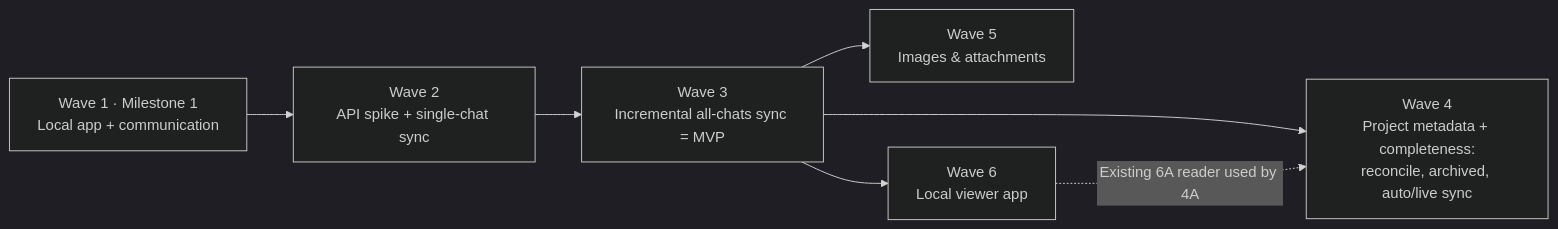
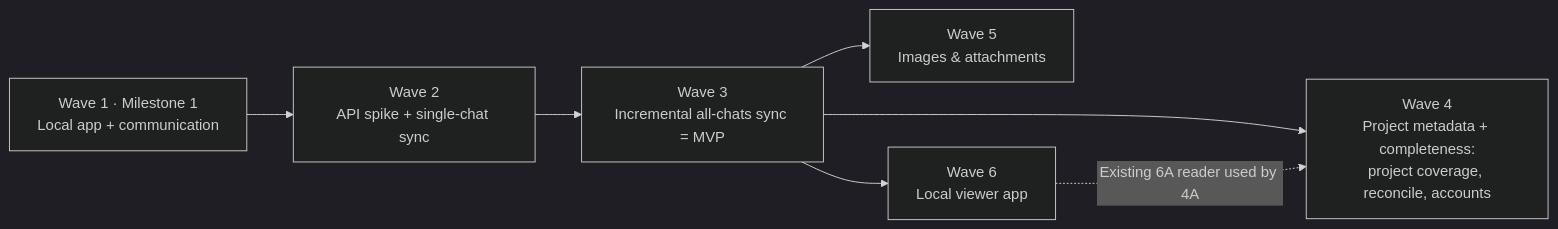
Before and after one commit to nguyendz/ChatGPT-CHROME_EXTENSION: the diagram in docs/local-sync-development-waves.md, drawn with Mermaid (dark theme). The commit also changed other lines of this file and 36 other files, not shown here.

````diff
--- a/docs/local-sync-development-waves.md
+++ b/docs/local-sync-development-waves.md
@@ -23,9 +23,9 @@
 ```mermaid
 flowchart LR
   W1[Wave 1 · Milestone 1<br/>Local app + communication] --> W2[Wave 2<br/>API spike + single-chat sync]
   W2 --> W3[Wave 3<br/>Incremental all-chats sync = MVP]
-  W3 --> W4[Wave 4<br/>Project metadata + completeness:<br/>reconcile, archived, auto/live sync]
+  W3 --> W4[Wave 4<br/>Project metadata + completeness:<br/>project coverage, reconcile, accounts]
   W3 --> W5[Wave 5<br/>Images & attachments]
   W3 --> W6[Wave 6<br/>Local viewer app]
   W6 -. Existing 6A reader used by 4A .-> W4
 ```
````
